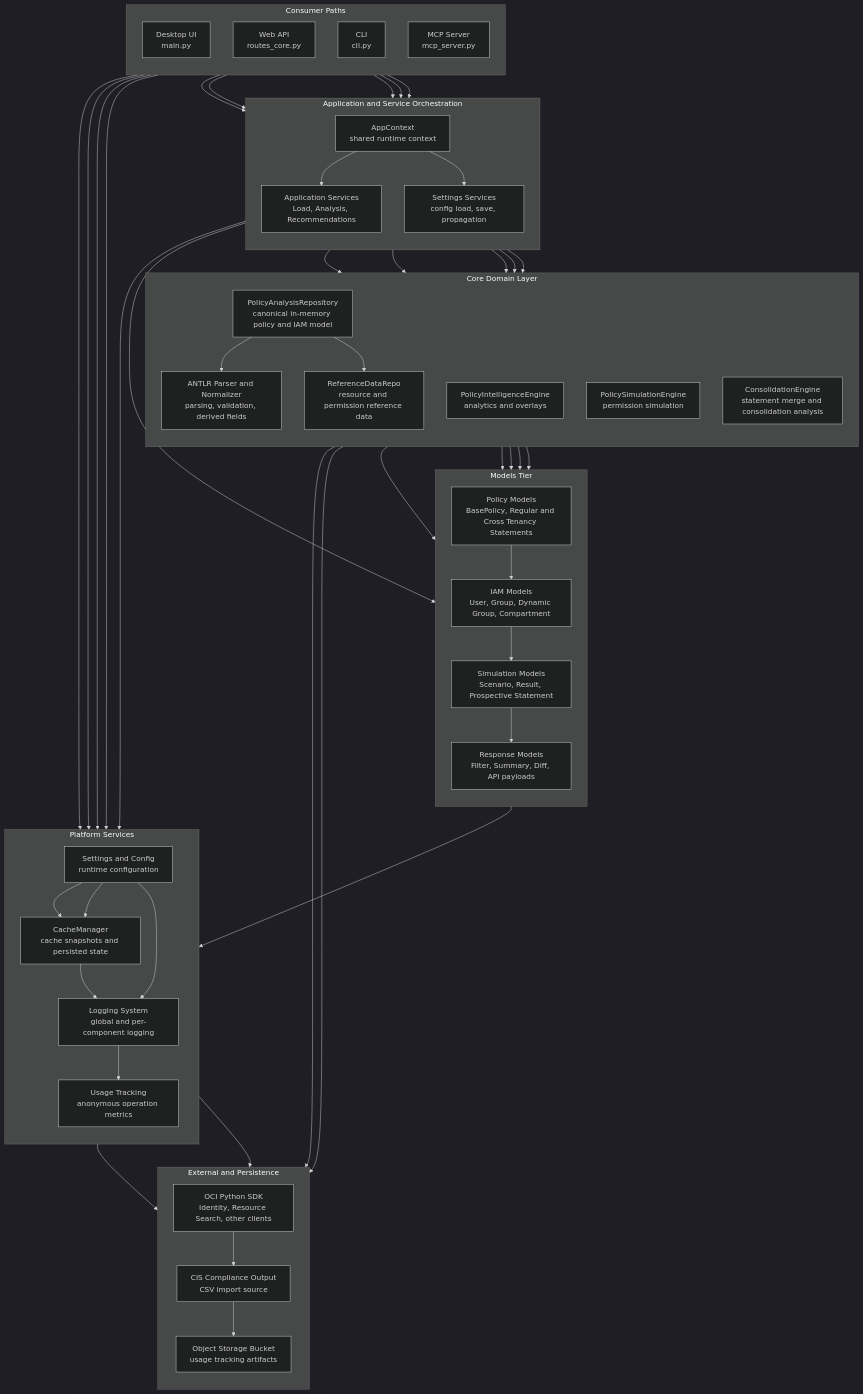
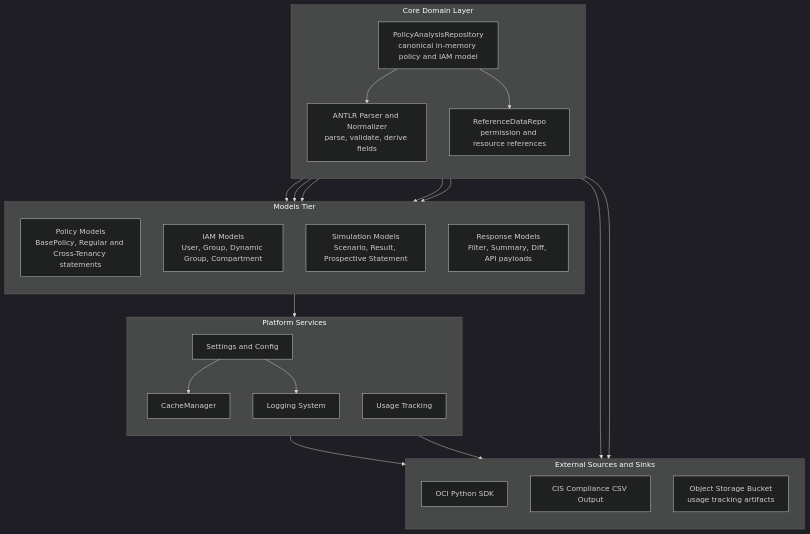
The third of 4 diagrams in docs/source/architecture.md (agregory999/oci-policy-analysis), drawn with Mermaid (dark theme) before and after one commit. The commit also changed other lines of this file and 25 other files, not shown here.

````diff
--- a/docs/source/architecture.md
+++ b/docs/source/architecture.md
@@ -147,105 +191,49 @@
 ```mermaid
 flowchart TB
-    %% Consumers
-    subgraph C[Consumer Paths]
-        direction TB
-        UI["Desktop UI<br/>main.py"]
-        WEB["Web API<br/>routes_core.py"]
-        CLI["CLI<br/>cli.py"]
-        MCP["MCP Server<br/>mcp_server.py"]
-    end
-
-    %% Application orchestration
-    subgraph A[Application and Service Orchestration]
-        direction TB
-        CTX["AppContext<br/>shared runtime context"]
-        SVC["Application Services<br/>Load, Analysis, Recommendations"]
-        SETTINGS["Settings Services<br/>config load, save, propagation"]
-    end
-
-    %% Core domain layer
     subgraph D[Core Domain Layer]
         direction TB
         REPO["PolicyAnalysisRepository<br/>canonical in-memory policy and IAM model"]
-        REF["ReferenceDataRepo<br/>resource and permission reference data"]
-        INTEL["PolicyIntelligenceEngine<br/>analytics and overlays"]
-        SIM["PolicySimulationEngine<br/>permission simulation"]
-        CONS["ConsolidationEngine<br/>statement merge and consolidation analysis"]
-        PARSER["ANTLR Parser and Normalizer<br/>parsing, validation, derived fields"]
+        REF["ReferenceDataRepo<br/>permission and resource references"]
+        PARSER["ANTLR Parser and Normalizer<br/>parse, validate, derive fields"]
     end
 
-    %% Canonical models
     subgraph M[Models Tier]
         direction TB
-        MODEL_POLICY["Policy Models<br/>BasePolicy, Regular and Cross Tenancy Statements"]
+        MODEL_POLICY["Policy Models<br/>BasePolicy, Regular and Cross-Tenancy statements"]
         MODEL_IAM["IAM Models<br/>User, Group, Dynamic Group, Compartment"]
         MODEL_SIM["Simulation Models<br/>Scenario, Result, Prospective Statement"]
         MODEL_RESP["Response Models<br/>Filter, Summary, Diff, API payloads"]
-
-        MODEL_POLICY --> MODEL_IAM --> MODEL_SIM --> MODEL_RESP
     end
 
-    %% Platform services below domain
     subgraph P[Platform Services]
         direction TB
-        CFG["Settings and Config<br/>runtime configuration"]
-        CACHE["CacheManager<br/>cache snapshots and persisted state"]
-        LOG["Logging System<br/>global and per-component logging"]
-        TRACK["Usage Tracking<br/>anonymous operation metrics"]
-
-        CFG --> CACHE --> LOG --> TRACK
+        CFG["Settings and Config"]
+        CACHE["CacheManager"]
+        LOG["Logging System"]
+        TRACK["Usage Tracking"]
     end
 
-    %% External/data sources
-    subgraph X[External and Persistence]
+    subgraph X[External Sources and Sinks]
         direction TB
-        OCI["OCI Python SDK<br/>Identity, Resource Search, other clients"]
-        CIS["CIS Compliance Output<br/>CSV import source"]
+        OCI["OCI Python SDK"]
+        CIS["CIS Compliance CSV Output"]
         OBJ["Object Storage Bucket<br/>usage tracking artifacts"]
-
-        OCI --> CIS --> OBJ
     end
 
-    %% High-level tier flow (narrow/tall layout)
-    C --> A
-    A --> D
     D --> M
     M --> P
     P --> X
 
-    %% Key runtime paths
-    UI --> CTX
-    WEB --> CTX
-    CLI --> SVC
-    MCP --> SVC
-
-    CTX --> SVC
-    CTX --> SETTINGS
-
-    SVC --> REPO
-    SVC --> INTEL
-    SVC --> SIM
-    SVC --> CONS
-
     REPO --> PARSER
     REPO --> REF
+    REPO --> MODEL_POLICY
+    REPO --> MODEL_IAM
+    REPO --> MODEL_SIM
+    REPO --> MODEL_RESP
+
     REPO --> OCI
     REPO --> CIS
-
-    %% Model ownership / outputs
-    REPO --> MODEL_POLICY
-    REPO --> MODEL_IAM
-    SIM --> MODEL_SIM
-    INTEL --> MODEL_RESP
-    SVC --> MODEL_RESP
-
-    %% Platform relationships
-    SETTINGS --> CFG
     CFG --> CACHE
     CFG --> LOG
-    UI --> TRACK
-    WEB --> TRACK
-    CLI --> TRACK
-    MCP --> TRACK
     TRACK --> OBJ
 ```
````
